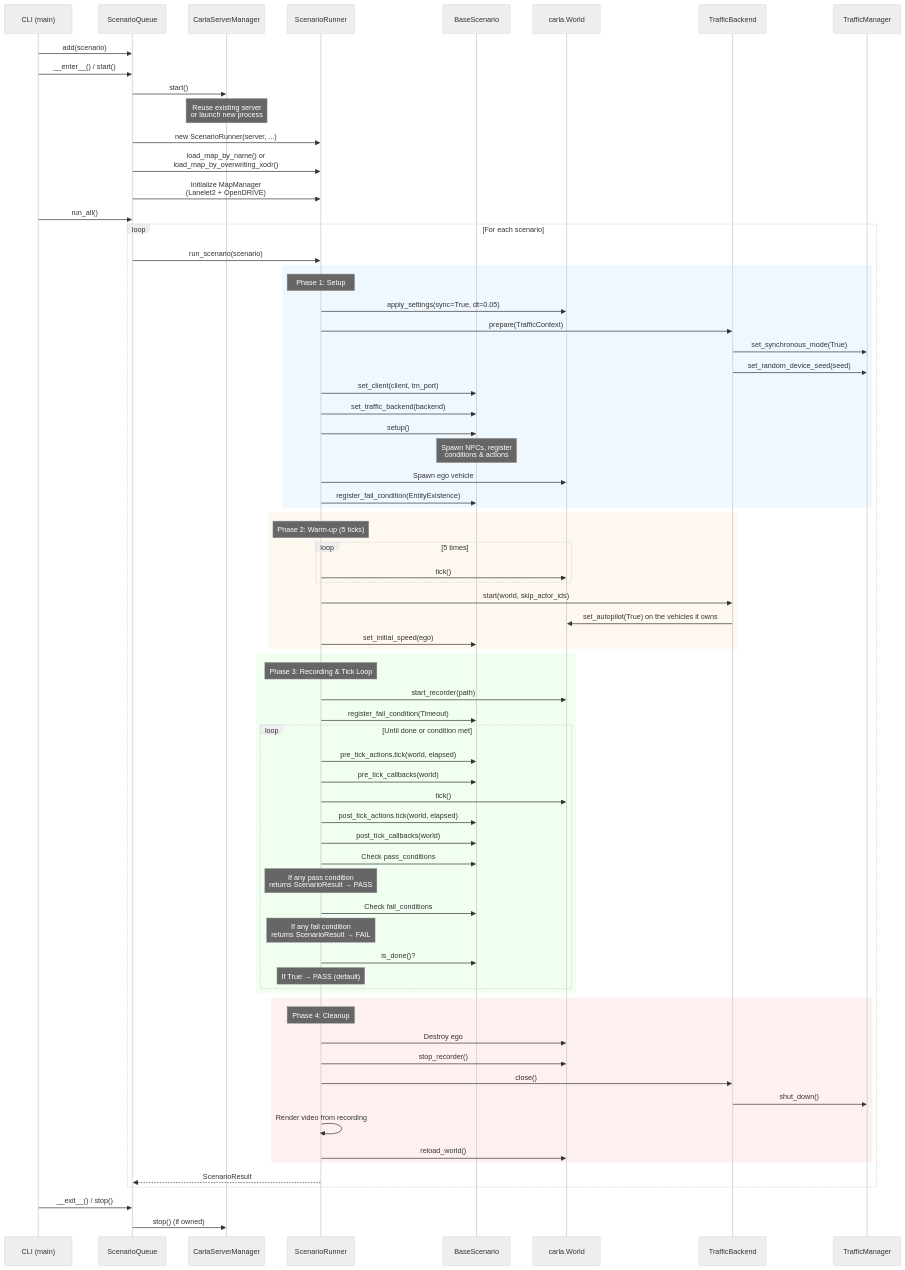
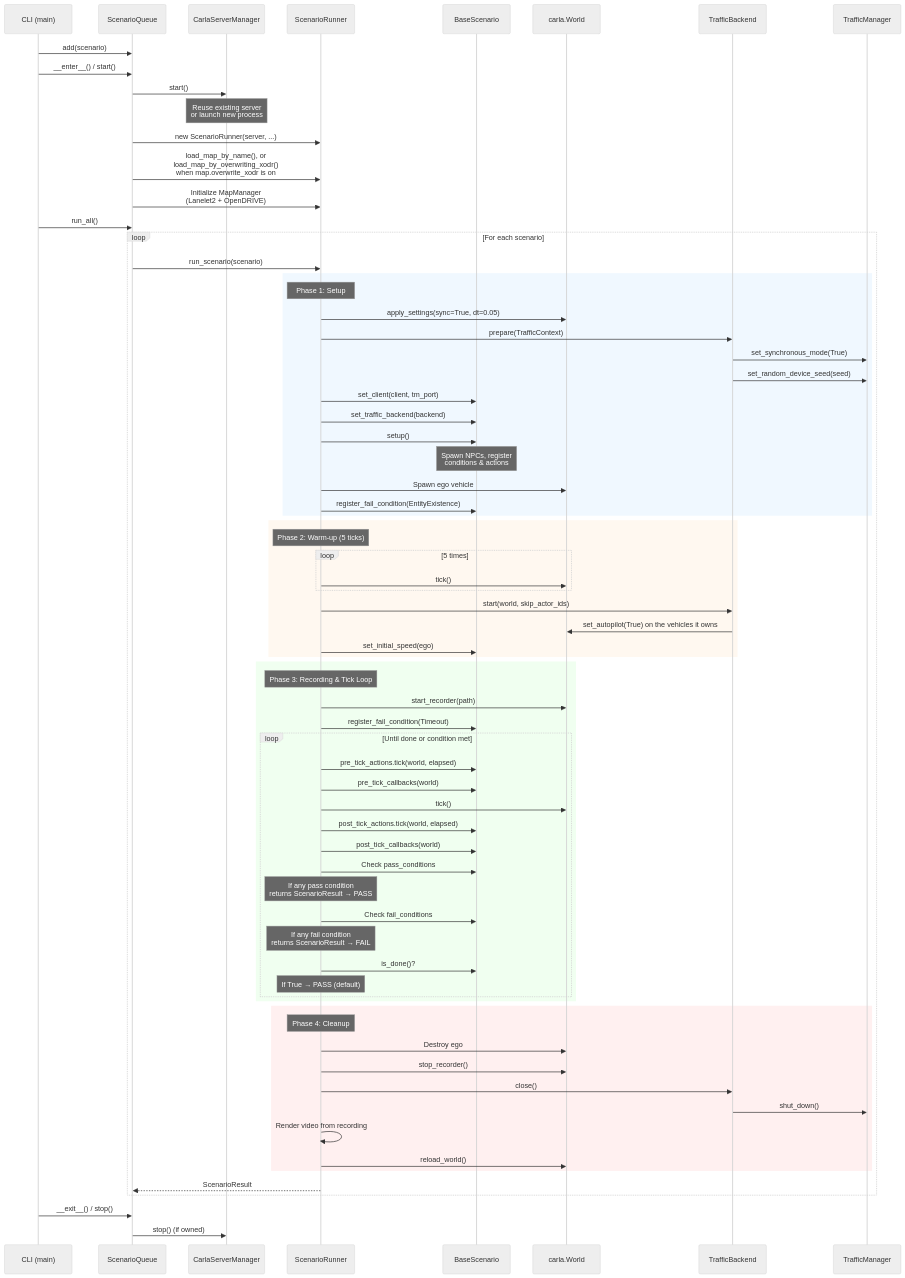
The third of 14 diagrams in autoware_carla_scenario/docs/architecture.md (autowarefoundation/autoware_carla_scenario), drawn with Mermaid (neutral theme) before and after one commit. The commit also changed other lines of this file and 5 other files, not shown here.

````diff
--- a/autoware_carla_scenario/docs/architecture.md
+++ b/autoware_carla_scenario/docs/architecture.md
@@ -125,82 +125,82 @@
 ```mermaid
 sequenceDiagram
     participant CLI as CLI (main)
     participant SQ as ScenarioQueue
     participant CSM as CarlaServerManager
     participant SR as ScenarioRunner
     participant BS as BaseScenario
     participant W as carla.World
     participant TB as TrafficBackend
     participant TM as TrafficManager
 
     CLI->>SQ: add(scenario)
     CLI->>SQ: __enter__() / start()
     SQ->>CSM: start()
     Note over CSM: Reuse existing server<br/>or launch new process
     SQ->>SR: new ScenarioRunner(server, ...)
-    SQ->>SR: load_map_by_name() or<br/>load_map_by_overwriting_xodr()
+    SQ->>SR: load_map_by_name(), or<br/>load_map_by_overwriting_xodr()<br/>when map.overwrite_xodr is on
     SQ->>SR: Initialize MapManager<br/>(Lanelet2 + OpenDRIVE)
 
     CLI->>SQ: run_all()
     loop For each scenario
         SQ->>SR: run_scenario(scenario)
 
         rect rgb(240, 248, 255)
             Note over SR: Phase 1: Setup
             SR->>W: apply_settings(sync=True, dt=0.05)
             SR->>TB: prepare(TrafficContext)
             TB->>TM: set_synchronous_mode(True)
             TB->>TM: set_random_device_seed(seed)
             SR->>BS: set_client(client, tm_port)
             SR->>BS: set_traffic_backend(backend)
             SR->>BS: setup()
             Note over BS: Spawn NPCs, register<br/>conditions & actions
             SR->>W: Spawn ego vehicle
             SR->>BS: register_fail_condition(EntityExistence)
         end
 
         rect rgb(255, 248, 240)
             Note over SR: Phase 2: Warm-up (5 ticks)
             loop 5 times
                 SR->>W: tick()
             end
             SR->>TB: start(world, skip_actor_ids)
             TB->>W: set_autopilot(True) on the vehicles it owns
             SR->>BS: set_initial_speed(ego)
         end
 
         rect rgb(240, 255, 240)
             Note over SR: Phase 3: Recording & Tick Loop
             SR->>W: start_recorder(path)
             SR->>BS: register_fail_condition(Timeout)
             loop Until done or condition met
                 SR->>BS: pre_tick_actions.tick(world, elapsed)
                 SR->>BS: pre_tick_callbacks(world)
                 SR->>W: tick()
                 SR->>BS: post_tick_actions.tick(world, elapsed)
                 SR->>BS: post_tick_callbacks(world)
                 SR->>BS: Check pass_conditions
                 Note over SR: If any pass condition<br/>returns ScenarioResult → PASS
                 SR->>BS: Check fail_conditions
                 Note over SR: If any fail condition<br/>returns ScenarioResult → FAIL
                 SR->>BS: is_done()?
                 Note over SR: If True → PASS (default)
             end
         end
 
         rect rgb(255, 240, 240)
             Note over SR: Phase 4: Cleanup
             SR->>W: Destroy ego
             SR->>W: stop_recorder()
             SR->>TB: close()
             TB->>TM: shut_down()
             SR->>SR: Render video from recording
             SR->>W: reload_world()
         end
 
         SR-->>SQ: ScenarioResult
     end
 
     CLI->>SQ: __exit__() / stop()
     SQ->>CSM: stop() (if owned)
 ```
````
